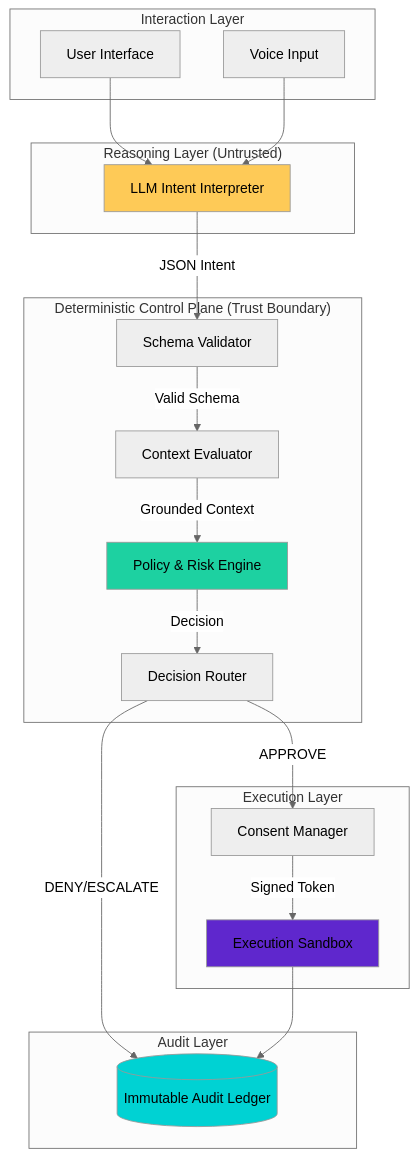
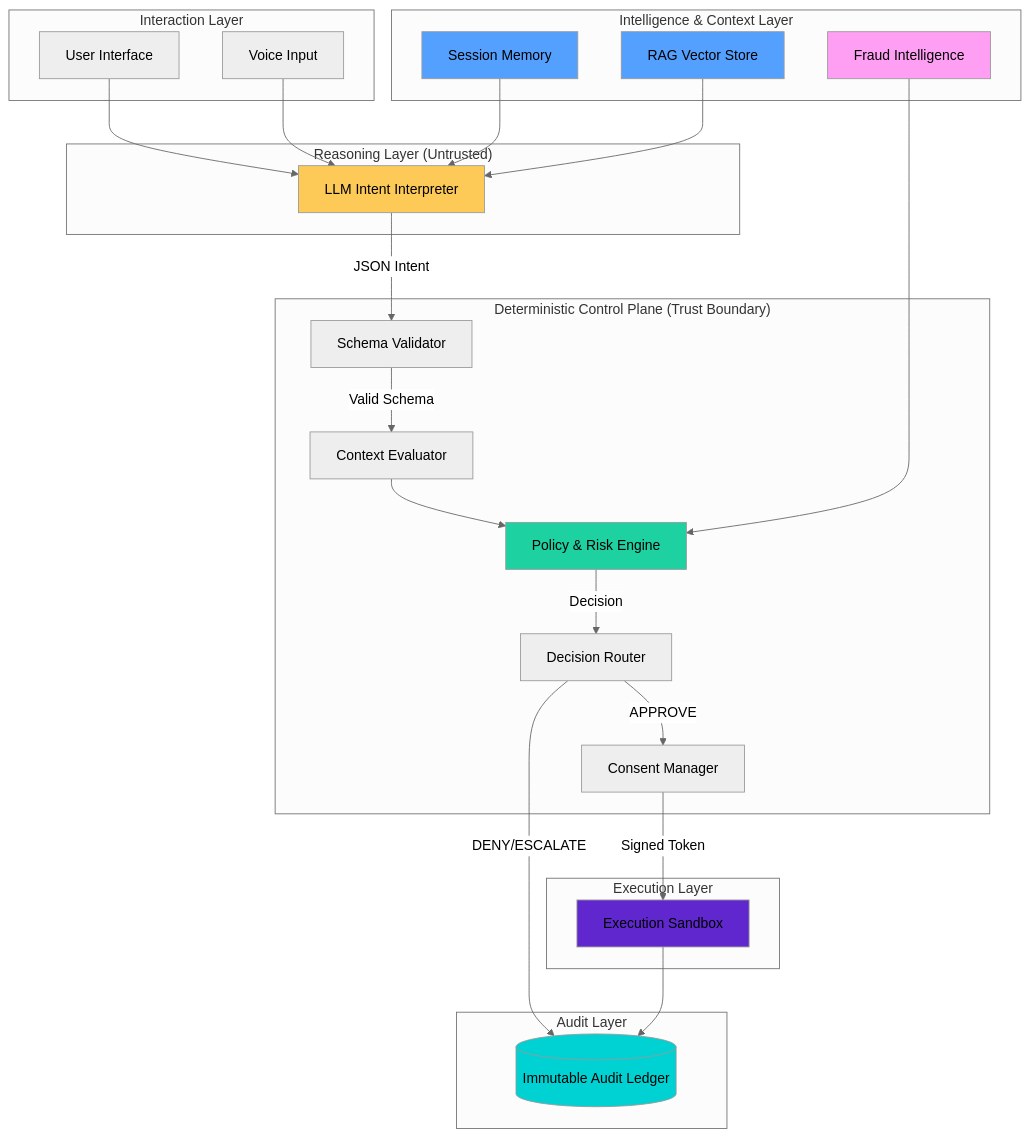
Before and after one commit to palxsh01/CAPS: the second of 8 diagrams in Readme.md, drawn with Mermaid (neutral theme). The commit also changed other lines of this file, not shown here.

````diff
--- a/Readme.md
+++ b/Readme.md
@@ -82,43 +82,57 @@
 ```mermaid
 graph TB
     subgraph "Interaction Layer"
         UI[User Interface]
         Voice[Voice Input]
     end
     
     subgraph "Reasoning Layer (Untrusted)"
         LLM[LLM Intent Interpreter]
     end
     
+    subgraph "Intelligence & Context Layer"
+        Memory[Session Memory]
+        RAG[RAG Vector Store]
+        Intel[Fraud Intelligence]
+    end
+
     subgraph "Deterministic Control Plane (Trust Boundary)"
         Validator[Schema Validator]
         Context[Context Evaluator]
         Policy[Policy & Risk Engine]
+        Consent[Consent Manager]
         Router[Decision Router]
     end
     
     subgraph "Execution Layer"
-        Consent[Consent Manager]
-        Sandbox[Execution Sandbox]
+        Execution[Execution Sandbox]
     end
     
     subgraph "Audit Layer"
         Ledger[(Immutable Audit Ledger)]
     end
     
     UI --> LLM
     Voice --> LLM
+    
+    Memory --> LLM
+    RAG --> LLM
+    
     LLM -->|JSON Intent| Validator
     Validator -->|Valid Schema| Context
-    Context -->|Grounded Context| Policy
+    Context --> Policy
+    Intel --> Policy
     Policy -->|Decision| Router
     Router -->|APPROVE| Consent
     Router -->|DENY/ESCALATE| Ledger
-    Consent -->|Signed Token| Sandbox
-    Sandbox --> Ledger
+    Consent -->|Signed Token| Execution
+    Execution --> Ledger
     
     style LLM fill:#feca57
     style Policy fill:#1dd1a1
-    style Sandbox fill:#5f27cd
+    style Execution fill:#5f27cd
     style Ledger fill:#00d2d3
+    style Intel fill:#ff9ff3
+    style Memory fill:#54a0ff
+    style RAG fill:#54a0ff
 ```
````
